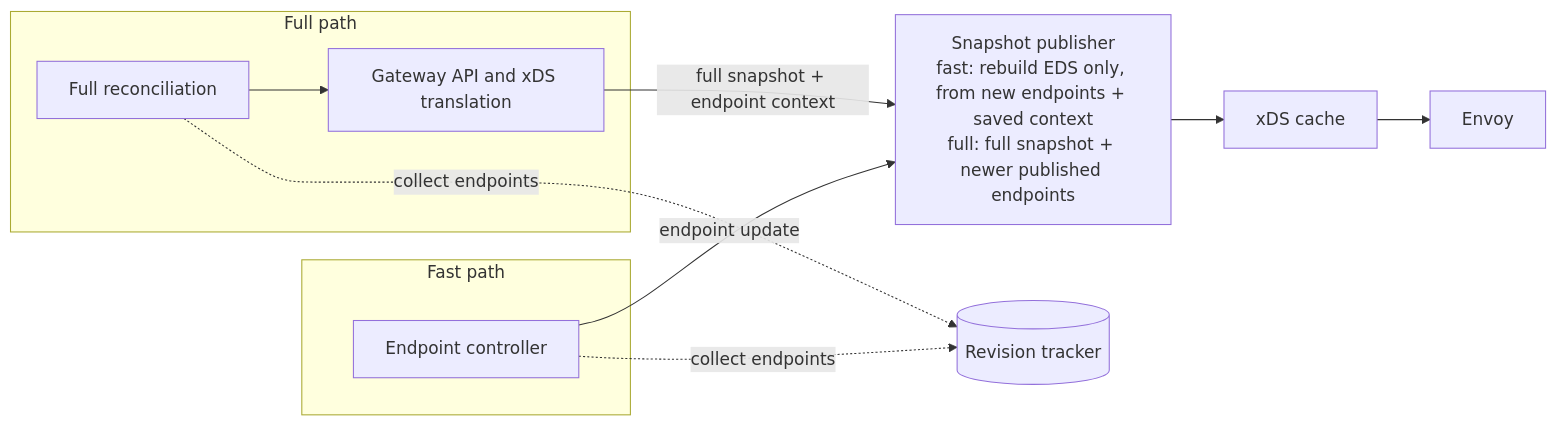
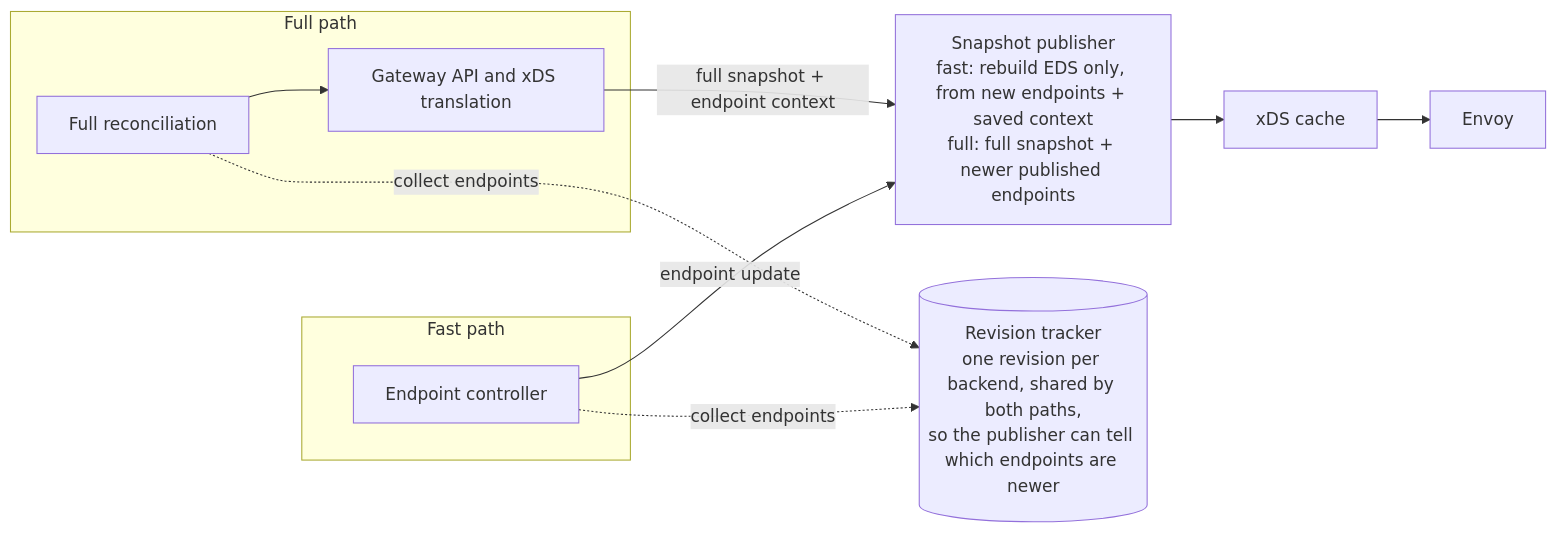
Before and after one commit to envoyproxy/gateway: the first of 2 diagrams in site/content/en/community/design/endpoint-fast-path.md, drawn with Mermaid.

Commit message:
docs: explain the revision tracker in the overview diagram
Note in the diagram that both paths share one revision per backend, so the
publisher can tell which endpoints are newer.

````diff
--- a/site/content/en/community/design/endpoint-fast-path.md
+++ b/site/content/en/community/design/endpoint-fast-path.md
@@ -28,14 +28,14 @@
 ```mermaid
 flowchart LR
     subgraph full [Full path]
         R[Full reconciliation] --> X[Gateway API and xDS translation]
     end
     subgraph fast [Fast path]
         F[Endpoint controller]
     end
     X -->|full snapshot + endpoint context| P["Snapshot publisher<br/>fast: rebuild EDS only, from new endpoints + saved context<br/>full: full snapshot + newer published endpoints"]
     F -->|endpoint update| P
     P --> V[xDS cache] --> E[Envoy]
-    R -.->|collect endpoints| T[(Revision tracker)]
+    R -.->|collect endpoints| T[("Revision tracker<br/>one revision per backend, shared by both paths,<br/>so the publisher can tell which endpoints are newer")]
     F -.->|collect endpoints| T
 ```
````
